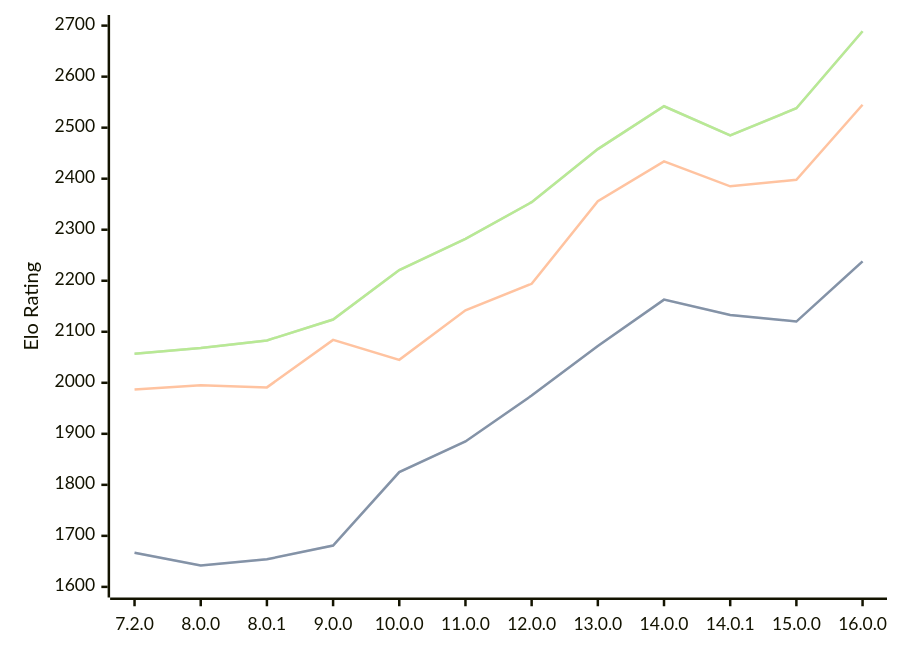
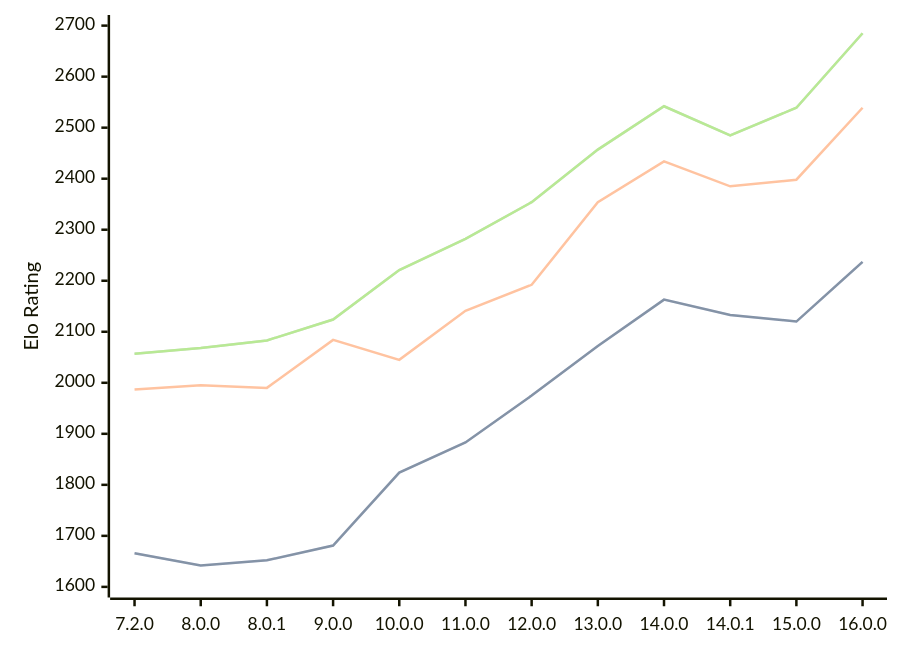
The diagram in engines/Cepimetheus.md (computer-chess-index/cci), drawn with Mermaid before and after one commit. The commit also changed other lines of this file, not shown here.

Commit message:
Update CCI Ratings (ELO VLTC) - 2026-09-03

````diff
--- a/engines/Cepimetheus.md
+++ b/engines/Cepimetheus.md
@@ -67,11 +67,11 @@
 ```mermaid
 %%{init: {"theme":"base","themeVariables":{"seriesColors:['#a3a3a3','#222221','#faa371']}}}%%
 xychart-beta
   x-axis ["7.2.0", "8.0.0", "8.0.1", "9.0.0", "10.0.0", "11.0.0", "12.0.0", "13.0.0", "14.0.0", "14.0.1", "15.0.0", "16.0.0"]
   y-axis "Elo Rating" 1600 --> 2700
-  line "" [1667, 1642, 1654, 1681, 1825, 1885, 1975, 2072, 2163, 2133, 2120, 2238]
-  line "STC (8.0+0.08s)" [1667, 1642, 1654, 1681, 1825, 1885, 1975, 2072, 2163, 2133, 2120, 2238]
-  line "LTC (60.0+0.60s)" [1987, 1995, 1991, 2084, 2045, 2142, 2194, 2356, 2434, 2385, 2398, 2545]
-  line "" [2057, 2068, 2083, 2124, 2221, 2282, 2354, 2458, 2542, 2485, 2538, 2689]
-  line "VLTC (2m24s+1.12s)" [2057, 2068, 2083, 2124, 2221, 2282, 2354, 2458, 2542, 2485, 2538, 2689]
+  line "" [1666, 1642, 1652, 1681, 1824, 1883, 1975, 2072, 2163, 2133, 2120, 2237]
+  line "STC (8.0+0.08s)" [1666, 1642, 1652, 1681, 1824, 1883, 1975, 2072, 2163, 2133, 2120, 2237]
+  line "LTC (60.0+0.60s)" [1987, 1995, 1990, 2084, 2045, 2141, 2192, 2354, 2434, 2385, 2398, 2539]
+  line "" [2057, 2068, 2083, 2124, 2221, 2282, 2354, 2457, 2542, 2485, 2539, 2685]
+  line "VLTC (2m24s+1.12s)" [2057, 2068, 2083, 2124, 2221, 2282, 2354, 2457, 2542, 2485, 2539, 2685]
 ```
````
